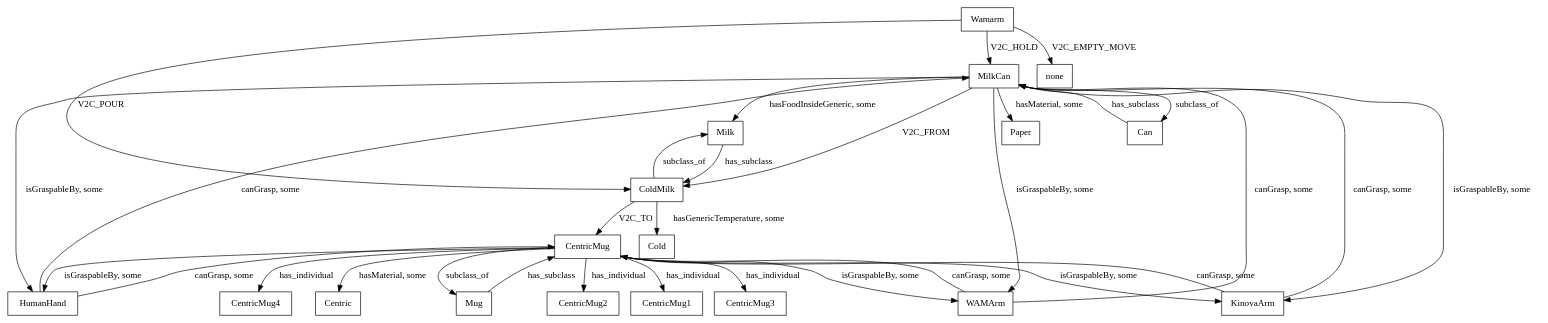
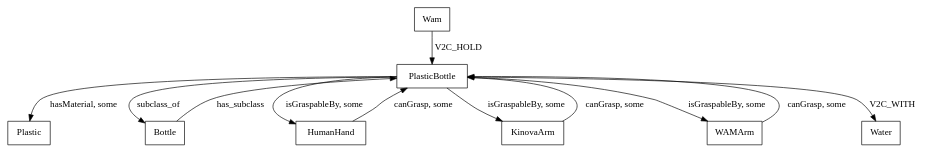
The diagram in experiments/demo/KG.gv (cjiang2/robot_semantics), drawn with Graphviz before and after one commit. The commit also changed 6 other files, not shown here.

```diff
--- a/experiments/demo/KG.gv
+++ b/experiments/demo/KG.gv
@@ -1,127 +1,47 @@
 digraph KG {
 	node [shape=box]
 	node [shape=box]
-	MilkCan
-	Milk
-	MilkCan -> Milk [label="hasFoodInsideGeneric, some"]
+	PlasticBottle
+	Plastic
+	PlasticBottle -> Plastic [label="hasMaterial, some"]
 	node [shape=box]
-	MilkCan
-	Paper
-	MilkCan -> Paper [label="hasMaterial, some"]
+	PlasticBottle
+	Bottle
+	PlasticBottle -> Bottle [label=subclass_of]
 	node [shape=box]
-	MilkCan
-	Can
-	MilkCan -> Can [label=subclass_of]
+	PlasticBottle
+	HumanHand
+	PlasticBottle -> HumanHand [label="isGraspableBy, some"]
 	node [shape=box]
-	MilkCan
-	HumanHand
-	MilkCan -> HumanHand [label="isGraspableBy, some"]
+	PlasticBottle
+	KinovaArm
+	PlasticBottle -> KinovaArm [label="isGraspableBy, some"]
 	node [shape=box]
-	MilkCan
-	KinovaArm
-	MilkCan -> KinovaArm [label="isGraspableBy, some"]
+	PlasticBottle
+	WAMArm
+	PlasticBottle -> WAMArm [label="isGraspableBy, some"]
 	node [shape=box]
-	MilkCan
-	WAMArm
-	MilkCan -> WAMArm [label="isGraspableBy, some"]
-	node [shape=box]
-	Can
-	MilkCan
-	Can -> MilkCan [label=has_subclass]
+	Bottle
+	PlasticBottle
+	Bottle -> PlasticBottle [label=has_subclass]
 	node [shape=box]
 	HumanHand
-	MilkCan
-	HumanHand -> MilkCan [label="canGrasp, some"]
+	PlasticBottle
+	HumanHand -> PlasticBottle [label="canGrasp, some"]
 	node [shape=box]
 	KinovaArm
-	MilkCan
-	KinovaArm -> MilkCan [label="canGrasp, some"]
+	PlasticBottle
+	KinovaArm -> PlasticBottle [label="canGrasp, some"]
 	node [shape=box]
 	WAMArm
-	MilkCan
-	WAMArm -> MilkCan [label="canGrasp, some"]
+	PlasticBottle
+	WAMArm -> PlasticBottle [label="canGrasp, some"]
 	node [shape=box]
-	ColdMilk
-	Cold
-	ColdMilk -> Cold [label="hasGenericTemperature, some"]
+	Wam
+	PlasticBottle
+	Wam -> PlasticBottle [label=V2C_HOLD]
 	node [shape=box]
-	ColdMilk
-	Milk
-	ColdMilk -> Milk [label=subclass_of]
-	node [shape=box]
-	Milk
-	ColdMilk
-	Milk -> ColdMilk [label=has_subclass]
-	node [shape=box]
-	CentricMug
-	Centric
-	CentricMug -> Centric [label="hasMaterial, some"]
-	node [shape=box]
-	CentricMug
-	Mug
-	CentricMug -> Mug [label=subclass_of]
-	node [shape=box]
-	CentricMug
-	HumanHand
-	CentricMug -> HumanHand [label="isGraspableBy, some"]
-	node [shape=box]
-	CentricMug
-	KinovaArm
-	CentricMug -> KinovaArm [label="isGraspableBy, some"]
-	node [shape=box]
-	CentricMug
-	WAMArm
-	CentricMug -> WAMArm [label="isGraspableBy, some"]
-	node [shape=box]
-	CentricMug
-	CentricMug1
-	CentricMug -> CentricMug1 [label=has_individual]
-	node [shape=box]
-	CentricMug
-	CentricMug2
-	CentricMug -> CentricMug2 [label=has_individual]
-	node [shape=box]
-	CentricMug
-	CentricMug3
-	CentricMug -> CentricMug3 [label=has_individual]
-	node [shape=box]
-	CentricMug
-	CentricMug4
-	CentricMug -> CentricMug4 [label=has_individual]
-	node [shape=box]
-	Mug
-	CentricMug
-	Mug -> CentricMug [label=has_subclass]
-	node [shape=box]
-	HumanHand
-	CentricMug
-	HumanHand -> CentricMug [label="canGrasp, some"]
-	node [shape=box]
-	KinovaArm
-	CentricMug
-	KinovaArm -> CentricMug [label="canGrasp, some"]
-	node [shape=box]
-	WAMArm
-	CentricMug
-	WAMArm -> CentricMug [label="canGrasp, some"]
-	node [shape=box]
-	Wamarm
-	none
-	Wamarm -> none [label=V2C_EMPTY_MOVE]
-	node [shape=box]
-	Wamarm
-	MilkCan
-	Wamarm -> MilkCan [label=V2C_HOLD]
-	node [shape=box]
-	Wamarm
-	ColdMilk
-	Wamarm -> ColdMilk [label=V2C_POUR]
-	node [shape=box]
-	MilkCan
-	ColdMilk
-	MilkCan -> ColdMilk [label=V2C_FROM]
-	node [shape=box]
-	ColdMilk
-	CentricMug
-	ColdMilk -> CentricMug [label=V2C_TO]
+	PlasticBottle
+	Water
+	PlasticBottle -> Water [label=V2C_WITH]
 }
```
